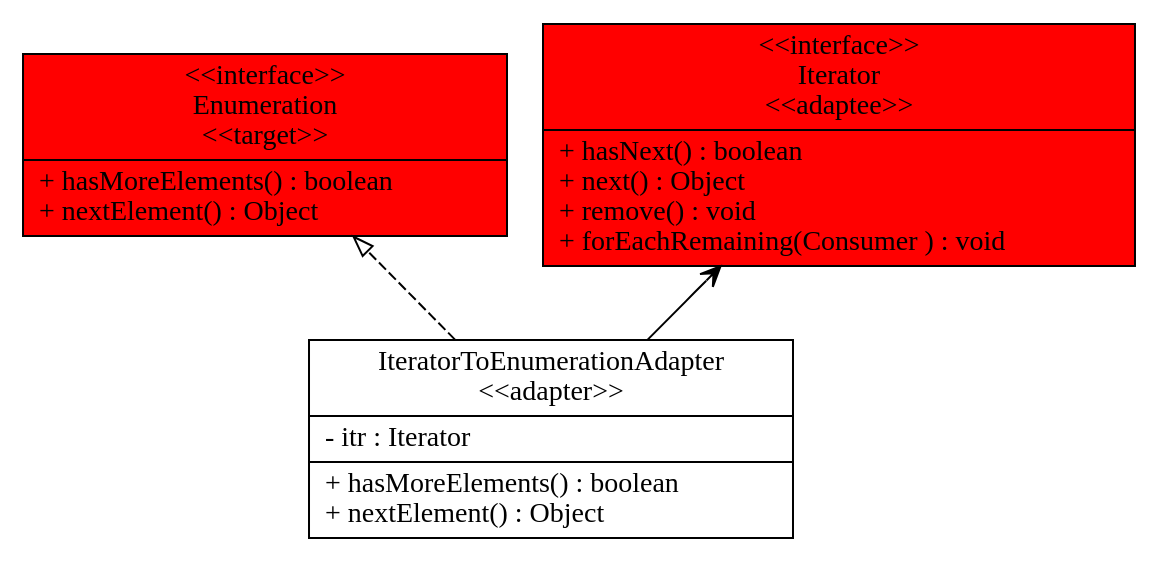
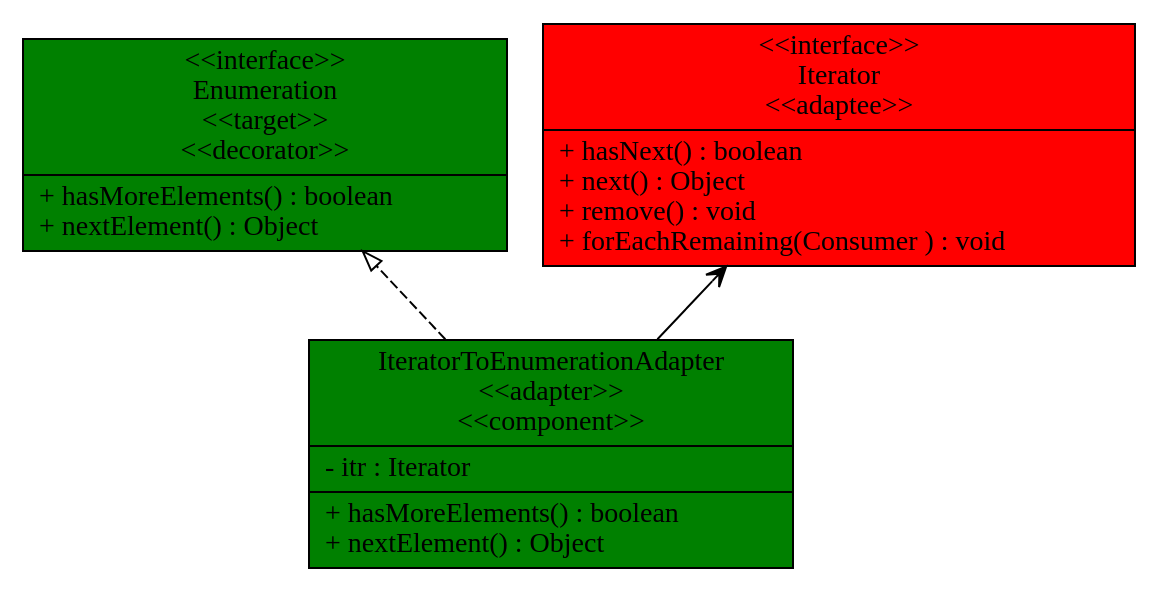
One commit to tandoni/374DesignProject changed the diagram in input_output/GraphForGraphViz.gv. Above: the diagram before and after it, drawn with Graphviz. The commit also changed 2 other files, not shown here.

Commit message:
done the decorator temporarily. will collaborate with max to fix some bugs. need to see which takes priority.

```diff
--- a/input_output/GraphForGraphViz.gv
+++ b/input_output/GraphForGraphViz.gv
@@ -1,20 +1,20 @@
 digraph example { 
 rankdir=BT;
 IteratorToEnumerationAdapter [
 shape="record",
-label = "{IteratorToEnumerationAdapter\n\<\<adapter\>\>|- itr : Iterator\l|+ hasMoreElements() : boolean\l+ nextElement() : Object\l}"
+fillcolor=green, style=filled, label = "{IteratorToEnumerationAdapter\n\<\<adapter\>\>\n\<\<component\>\>|- itr : Iterator\l|+ hasMoreElements() : boolean\l+ nextElement() : Object\l}"
 ];
 
 Enumeration [
 shape="record",
-fillcolor=red, style=filled,label = "{\<\<interface\>\>\nEnumeration\n\<\<target\>\>|+ hasMoreElements() : boolean\l+ nextElement() : Object\l}"
+fillcolor=green, style=filled,label = "{\<\<interface\>\>\nEnumeration\n\<\<target\>\>\n\<\<decorator\>\>|+ hasMoreElements() : boolean\l+ nextElement() : Object\l}"
 ];
 
 Iterator [
 shape="record",
 fillcolor=red, style=filled,label = "{\<\<interface\>\>\nIterator\n\<\<adaptee\>\>|+ hasNext() : boolean\l+ next() : Object\l+ remove() : void\l+ forEachRemaining(Consumer ) : void\l}"
 ];
 
 
 IteratorToEnumerationAdapter -> Enumeration [arrowhead="empty", style="dashed"];
 IteratorToEnumerationAdapter -> Iterator [arrowhead = "vee"];}
```
